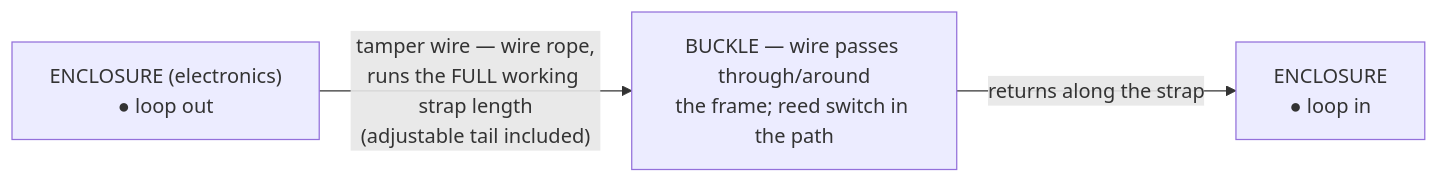
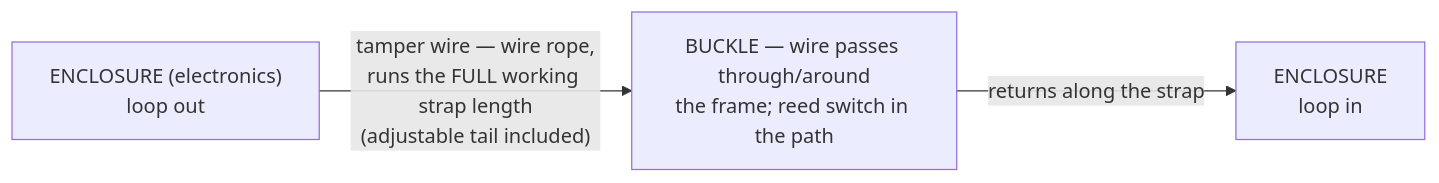
Before and after one commit to qppd/smart-collar: the second of 2 diagrams in docs/TAMPER.md, drawn with Mermaid. The commit also changed other lines of this file and 17 other files, not shown here.

First line of the commit message:
Docs: complete offline-first build guide with wiring diagram and Map Pack

````diff
--- a/docs/TAMPER.md
+++ b/docs/TAMPER.md
@@ -40,5 +50,5 @@
 ```mermaid
 flowchart LR
-    OUT["ENCLOSURE (electronics)<br/>● loop out"] -- "tamper wire — wire rope,<br/>runs the FULL working strap length<br/>(adjustable tail included)" --> BUCKLE["BUCKLE — wire passes through/around<br/>the frame; reed switch in the path"]
-    BUCKLE -- "returns along the strap" --> IN["ENCLOSURE<br/>● loop in"]
+    OUT["ENCLOSURE (electronics)<br/>loop out"] -- "tamper wire — wire rope,<br/>runs the FULL working strap length<br/>(adjustable tail included)" --> BUCKLE["BUCKLE — wire passes through/around<br/>the frame; reed switch in the path"]
+    BUCKLE -- "returns along the strap" --> IN["ENCLOSURE<br/>loop in"]
 ```
````
